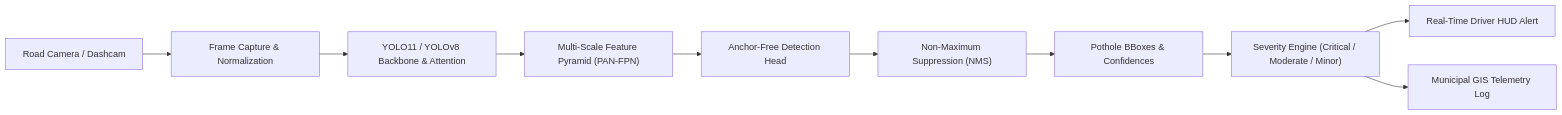
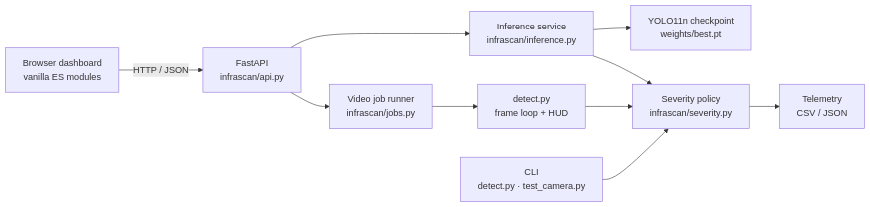
The diagram in README.md (Aayush9808/InfraScan), drawn with Mermaid before and after one commit. The commit also changed other lines of this file and 5 other files, not shown here.

````diff
--- a/README.md
+++ b/README.md
@@ -63,12 +104,12 @@
 ```mermaid
 flowchart LR
-    A["Road Camera / Dashcam"] --> B["Frame Capture & Normalization"]
-    B --> C["YOLO11 / YOLOv8 Backbone & Attention"]
-    C --> D["Multi-Scale Feature Pyramid (PAN-FPN)"]
-    D --> E["Anchor-Free Detection Head"]
-    E --> F["Non-Maximum Suppression (NMS)"]
-    F --> G["Pothole BBoxes & Confidences"]
-    G --> H["Severity Engine (Critical / Moderate / Minor)"]
-    H --> I["Real-Time Driver HUD Alert"]
-    H --> J["Municipal GIS Telemetry Log"]
+    B["Browser dashboard<br/>vanilla ES modules"] -->|HTTP / JSON| A["FastAPI<br/>infrascan/api.py"]
+    A --> I["Inference service<br/>infrascan/inference.py"]
+    I --> Y["YOLO11n checkpoint<br/>weights/best.pt"]
+    A --> J["Video job runner<br/>infrascan/jobs.py"]
+    J --> D["detect.py<br/>frame loop + HUD"]
+    D --> S["Severity policy<br/>infrascan/severity.py"]
+    I --> S
+    S --> T["Telemetry<br/>CSV / JSON"]
+    C["CLI<br/>detect.py · test_camera.py"] --> S
 ```
````
